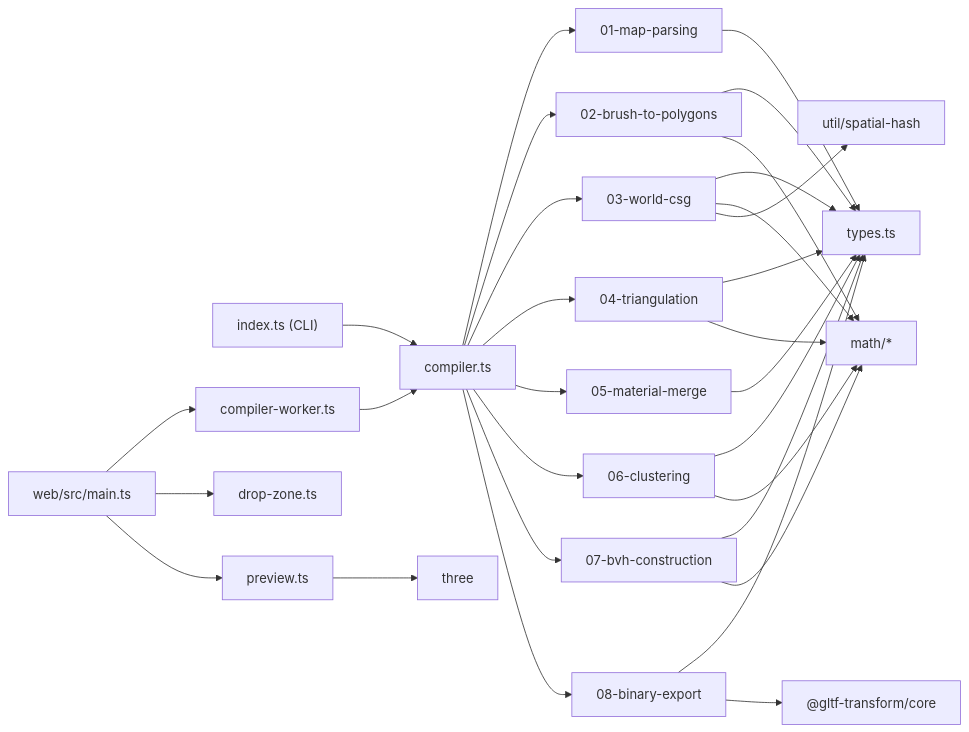
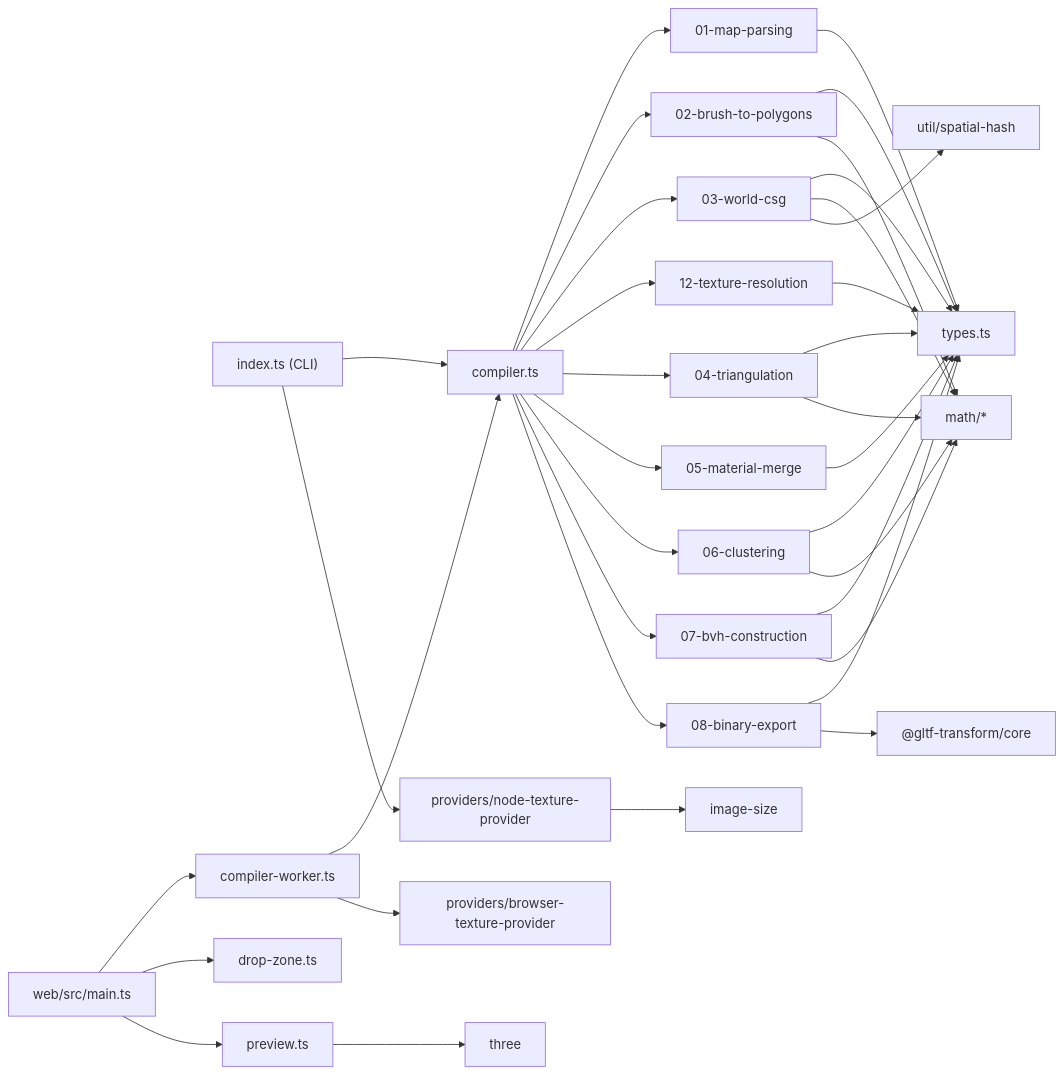
One commit to mode777/map2gltf changed the second of 3 diagrams in spec/spec.md. Above: the diagram before and after it, drawn with Mermaid. The commit also changed other lines of this file and 35 other files, not shown here.

````diff
--- a/spec/spec.md
+++ b/spec/spec.md
@@ -438,33 +467,39 @@
 ```mermaid
 flowchart LR
     CLI["index.ts (CLI)"] --> C["compiler.ts"]
     WEB["web/src/main.ts"] --> CW["compiler-worker.ts"]
     CW --> C
     WEB --> DZ["drop-zone.ts"]
     WEB --> PV["preview.ts"]
     PV --> THREE["three"]
     C --> S1["01-map-parsing"]
     C --> S2["02-brush-to-polygons"]
     C --> S3["03-world-csg"]
+    C --> S12["12-texture-resolution"]
     C --> S4["04-triangulation"]
     C --> S5["05-material-merge"]
     C --> S6["06-clustering"]
     C --> S7["07-bvh-construction"]
     C --> S8["08-binary-export"]
 
     S1 --> T["types.ts"]
     S2 --> T
     S2 --> M["math/*"]
     S3 --> T
     S3 --> M
     S3 --> SH["util/spatial-hash"]
     S4 --> T
     S4 --> M
     S5 --> T
     S6 --> T
     S6 --> M
     S7 --> T
     S7 --> M
     S8 --> T
     S8 --> GLTF["@gltf-transform/core"]
+    S12 --> T
+
+    CLI --> NTP["providers/node-texture-provider"]
+    CW --> BTP["providers/browser-texture-provider"]
+    NTP --> IS["image-size"]
 ```
````
